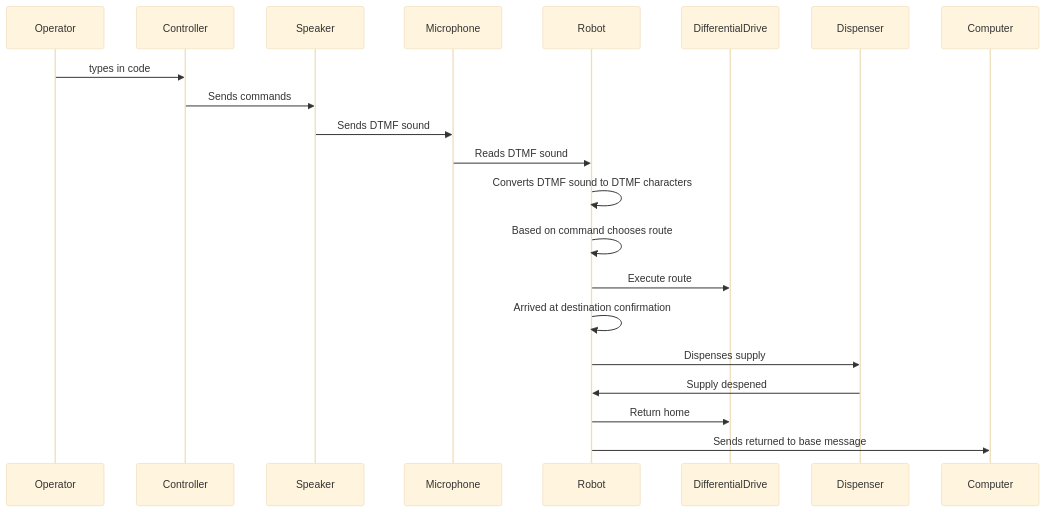
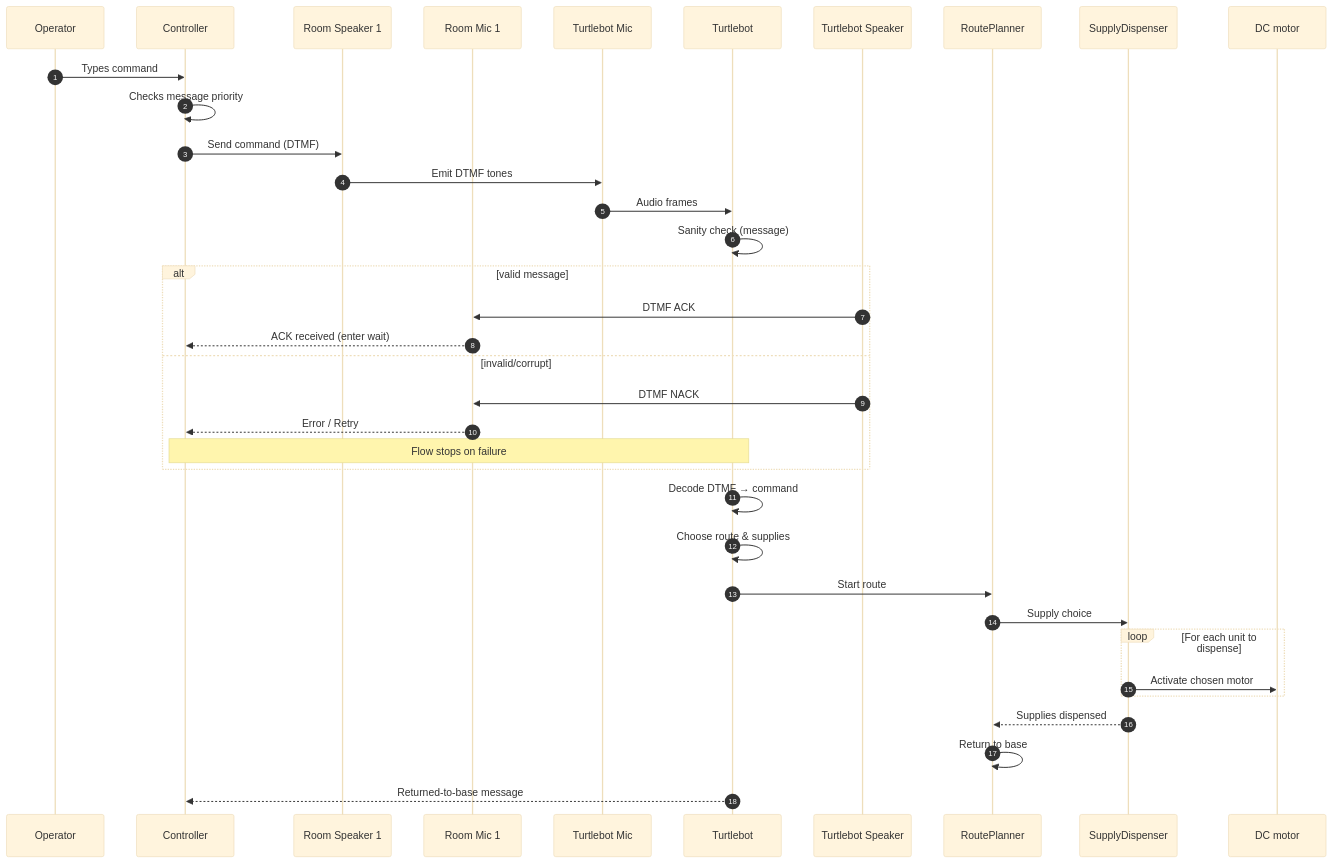
One commit to RasKil02/Semesterproject_3_Mobile_Robot_Systems changed the diagram in projectManagment/SequenceDiagram.md. Above: the diagram before and after it, drawn with Mermaid (base theme). The commit also changed other lines of this file and 7 other files, not shown here.

Commit message:
Updated file structure and SequenceDiagram

````diff
--- a/projectManagment/SequenceDiagram.md
+++ b/projectManagment/SequenceDiagram.md
@@ -1,15 +3,42 @@
 ```mermaid
 sequenceDiagram
-    Operator->>Controller: types in code
-    Controller->>Speaker: Sends commands
-    Speaker->>Microphone: Sends DTMF sound
-    Microphone->>Robot: Reads DTMF sound
-    Robot->>Robot: Converts DTMF sound to DTMF characters
-    Robot->>Robot: Based on command chooses route
-    Robot->>DifferentialDrive: Execute route
-    Robot->>Robot: Arrived at destination confirmation
-    Robot->>Dispenser: Dispenses supply
-    Dispenser->>Robot: Supply despened
-    Robot->>DifferentialDrive: Return home
-    Robot->>Computer: Sends returned to base message
+    autonumber
+    participant Operator
+    participant Controller
+    participant RoomSpeaker1 as Room Speaker 1
+    participant RoomMic1 as Room Mic 1
+    participant TBMic as Turtlebot Mic
+    participant Turtlebot
+    participant TBSpeaker as Turtlebot Speaker
+    participant RoutePlanner
+    participant SupplyDispenser
+    participant DCMotor as DC motor
+
+    Operator->>Controller: Types command
+    Controller->>Controller: Checks message priority
+    Controller->>RoomSpeaker1: Send command (DTMF)
+    RoomSpeaker1->>TBMic: Emit DTMF tones
+    TBMic->>Turtlebot: Audio frames
+    Turtlebot->>Turtlebot: Sanity check (message)
+
+    alt valid message
+        TBSpeaker->>RoomMic1: DTMF ACK
+        RoomMic1-->>Controller: ACK received (enter wait)
+    else invalid/corrupt
+        TBSpeaker->>RoomMic1: DTMF NACK
+        RoomMic1-->>Controller: Error / Retry
+        note over Controller,Turtlebot: Flow stops on failure
+    end
+
+    Turtlebot->>Turtlebot: Decode DTMF → command
+    Turtlebot->>Turtlebot: Choose route & supplies
+    Turtlebot->>RoutePlanner: Start route
+    RoutePlanner->>SupplyDispenser: Supply choice
+    loop For each unit to dispense
+        SupplyDispenser->>DCMotor: Activate chosen motor
+    end
+    SupplyDispenser-->>RoutePlanner: Supplies dispensed
+
+    RoutePlanner->>RoutePlanner: Return to base
+    Turtlebot-->>Controller: Returned-to-base message
 ```
````
